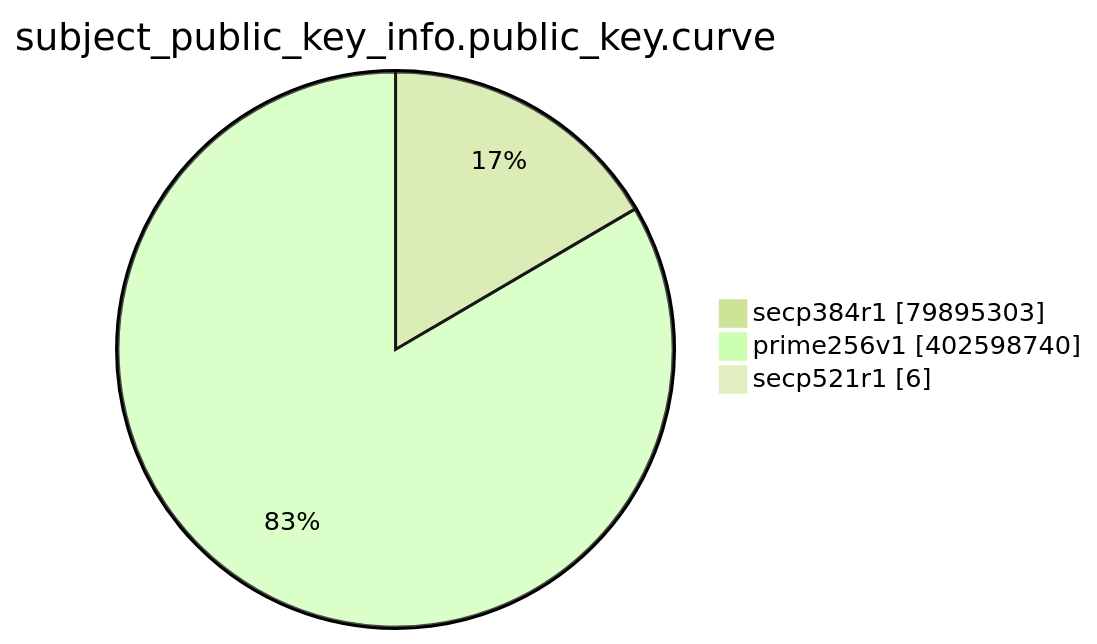
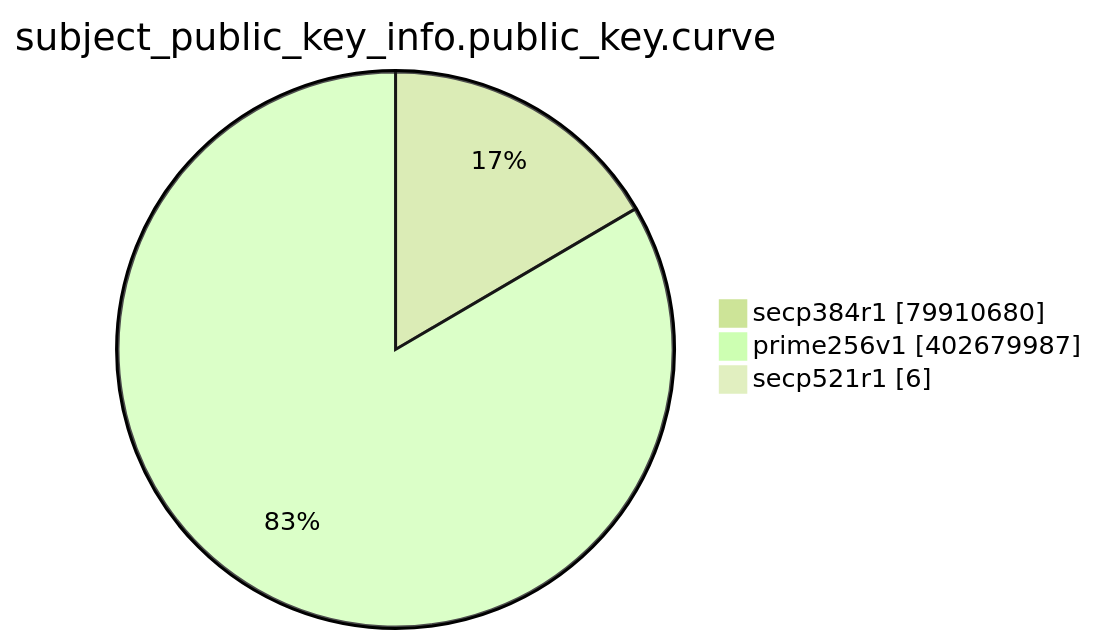
One commit to christiankrug/ctmonitor_visualization changed the eighth of 15 diagrams in TOTAL/README.md. Above: the diagram before and after it, drawn with Mermaid (forest theme). The commit also changed other lines of this file, not shown here.

````diff
--- a/TOTAL/README.md
+++ b/TOTAL/README.md
@@ -3095,7 +3095,7 @@
 ```mermaid
 pie showData
 title subject_public_key_info.public_key.curve
-"secp384r1" :79895303
-"prime256v1" :402598740
+"secp384r1" :79910680
+"prime256v1" :402679987
 "secp521r1" :6
 ```
````
